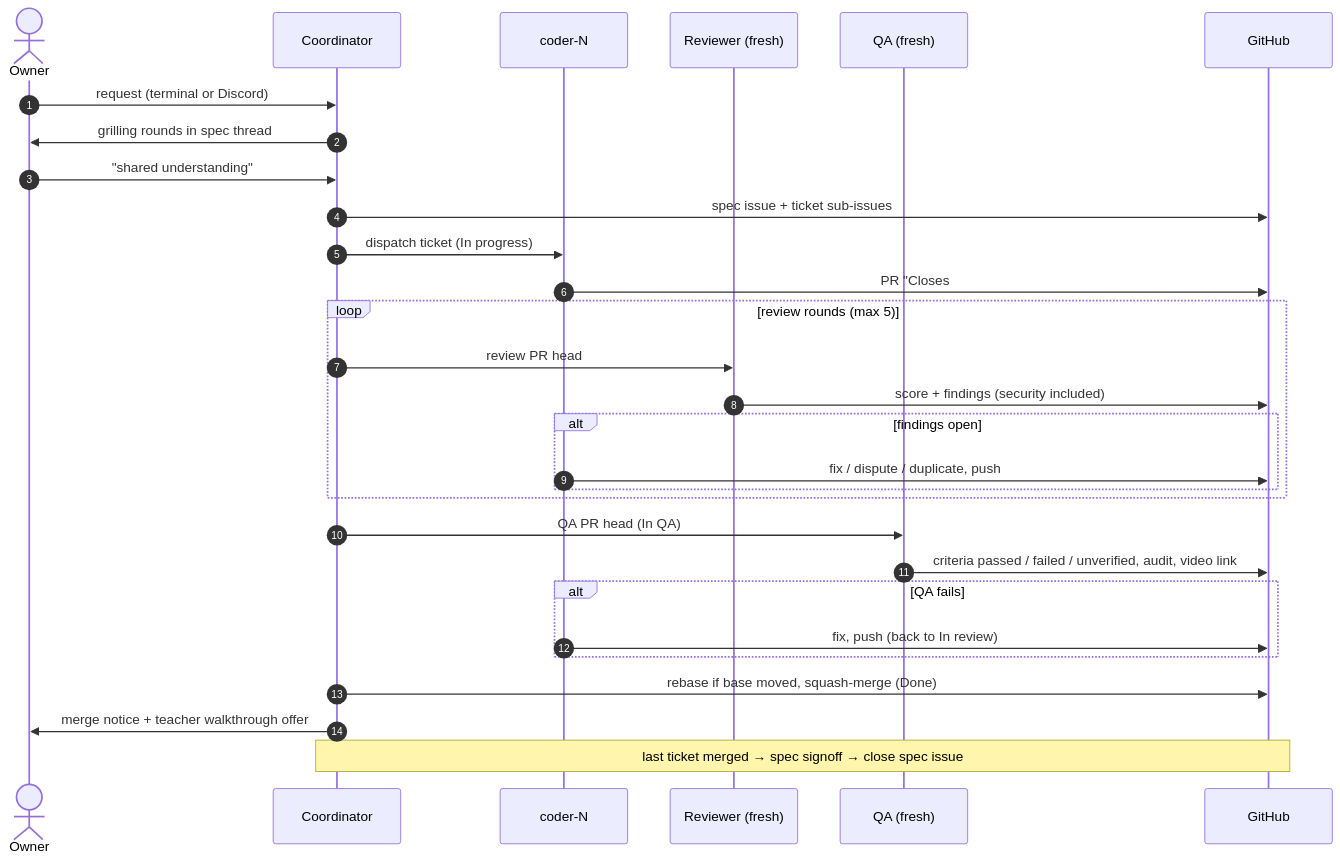
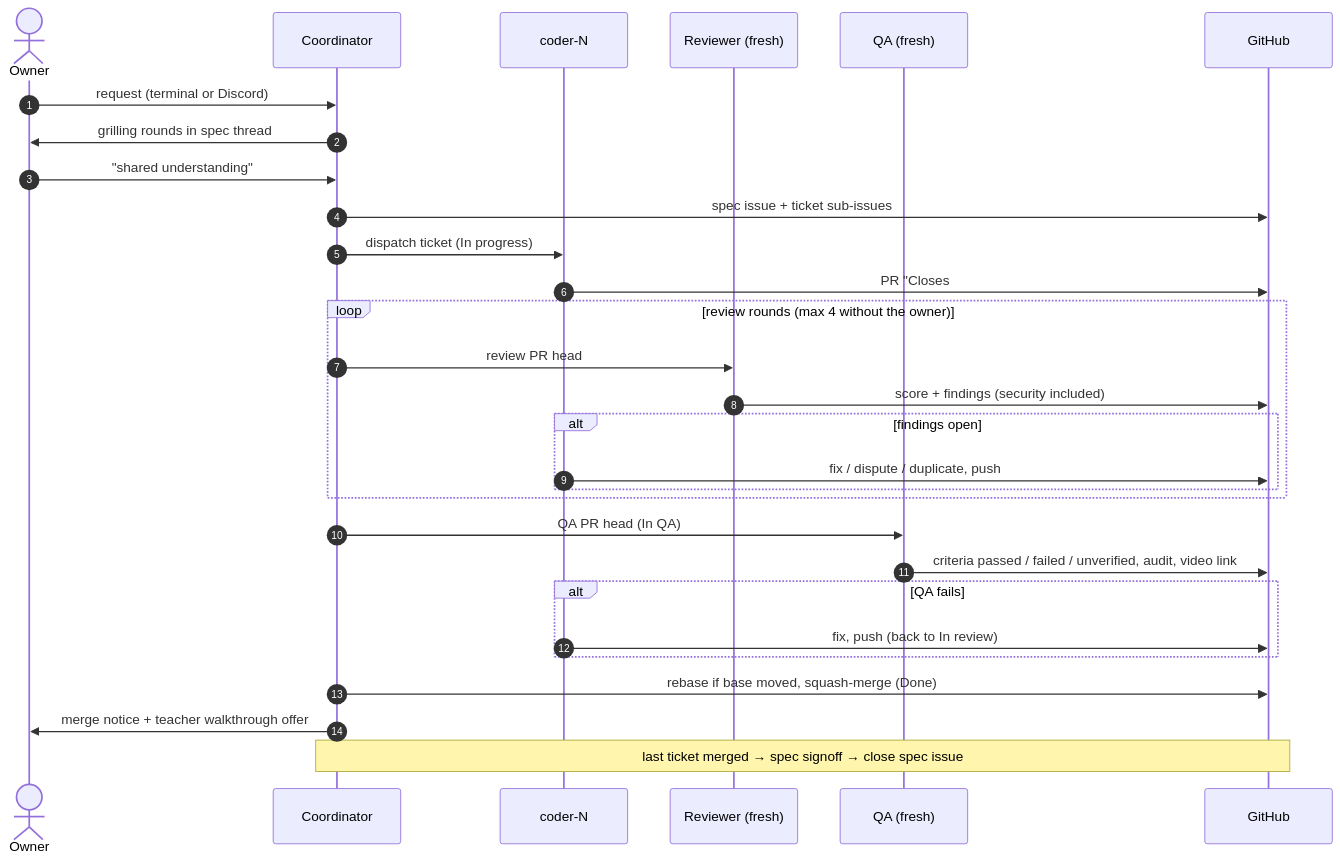
The second of 3 diagrams in docs/architecture.md (Felglitzzz/cistack), drawn with Mermaid before and after one commit. The commit also changed 5 other files, not shown here.

First line of the commit message:
fix: ask the owner after round 4, before any 5th review (#8)

````diff
--- a/docs/architecture.md
+++ b/docs/architecture.md
@@ -72,32 +72,32 @@
 ```mermaid
 sequenceDiagram
     autonumber
     actor O as Owner
     participant C as Coordinator
     participant K as coder-N
     participant R as Reviewer (fresh)
     participant Q as QA (fresh)
     participant G as GitHub
 
     O->>C: request (terminal or Discord)
     C->>O: grilling rounds in spec thread
     O->>C: "shared understanding"
     C->>G: spec issue + ticket sub-issues
     C->>K: dispatch ticket (In progress)
     K->>G: PR "Closes #n" (In review)
-    loop review rounds (max 5)
+    loop review rounds (max 4 without the owner)
         C->>R: review PR head
         R->>G: score + findings (security included)
         alt findings open
             K->>G: fix / dispute / duplicate, push
         end
     end
     C->>Q: QA PR head (In QA)
     Q->>G: criteria passed / failed / unverified, audit, video link
     alt QA fails
         K->>G: fix, push (back to In review)
     end
     C->>G: rebase if base moved, squash-merge (Done)
     C->>O: merge notice + teacher walkthrough offer
     Note over C,G: last ticket merged → spec signoff → close spec issue
 ```
````
